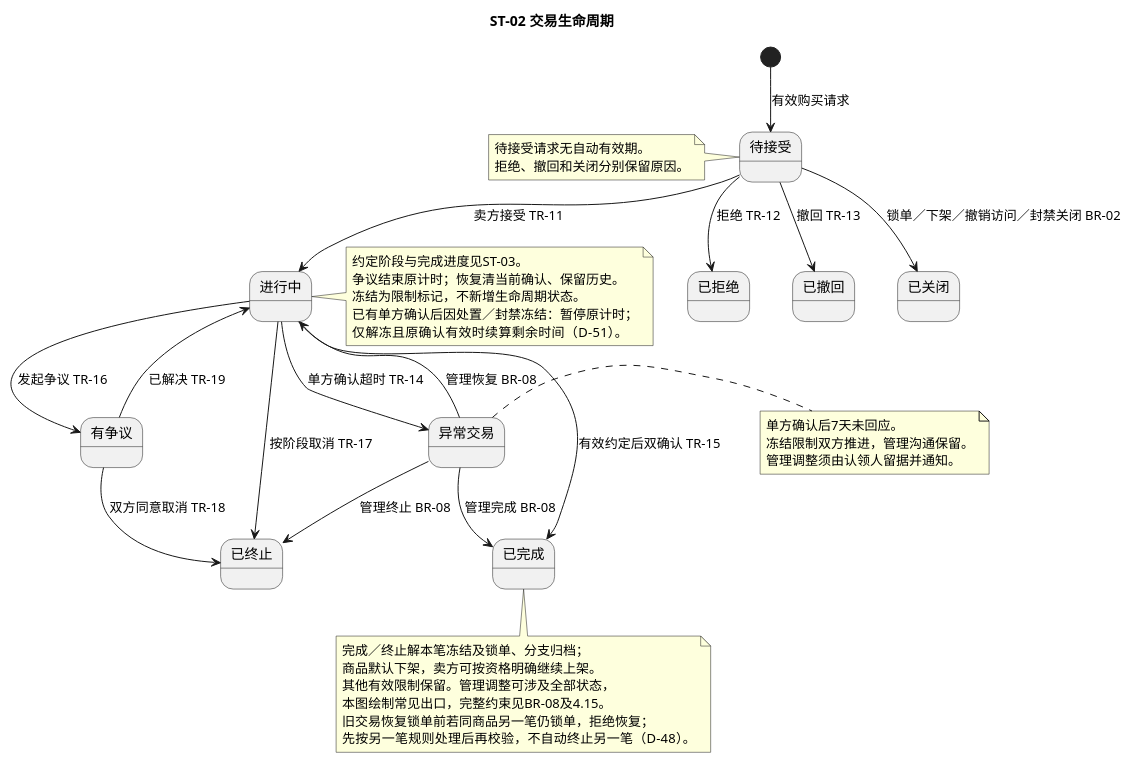
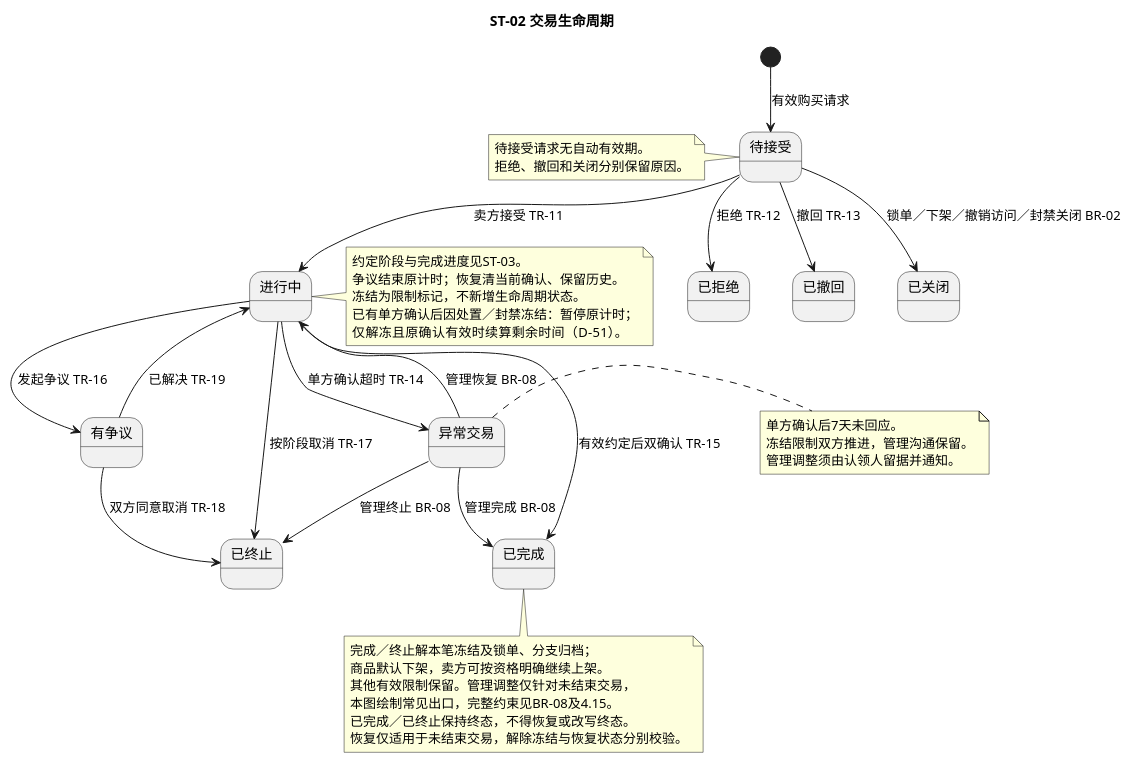
The diagram in docs/appendices/models/ST-02-交易状态图.puml (iy88/se-course-project-1), drawn with PlantUML before and after one commit. The commit also changed other lines of this file and 47 other files, not shown here.

```diff
--- a/docs/appendices/models/ST-02-交易状态图.puml
+++ b/docs/appendices/models/ST-02-交易状态图.puml
@@ -5,56 +5,56 @@
 @startuml
 skinparam defaultFontName "PingFang SC"
 skinparam shadowing false
 skinparam classAttributeIconSize 0
 skinparam nodesep 35
 skinparam ranksep 45
 hide empty members
 title ST-02 交易生命周期
 state "待接受" as Pending
 state "已拒绝" as Refused
 state "已撤回" as Withdrawn
 state "已关闭" as Closed
 state "进行中" as Ongoing
 state "有争议" as Disputed
 state "异常交易" as Abnormal
 state "已终止" as Terminated
 state "已完成" as Completed
 [*] --> Pending : 有效购买请求
 Pending --> Ongoing : 卖方接受 TR-11
 Pending --> Refused : 拒绝 TR-12
 Pending --> Withdrawn : 撤回 TR-13
 Pending --> Closed : 锁单／下架／撤销访问／封禁关闭 BR-02
 Ongoing --> Completed : 有效约定后双确认 TR-15
 Ongoing --> Terminated : 按阶段取消 TR-17
 Ongoing --> Disputed : 发起争议 TR-16
 Ongoing --> Abnormal : 单方确认超时 TR-14
 Disputed --> Ongoing : 已解决 TR-19
 Disputed --> Terminated : 双方同意取消 TR-18
 Abnormal --> Ongoing : 管理恢复 BR-08
 Abnormal --> Completed : 管理完成 BR-08
 Abnormal --> Terminated : 管理终止 BR-08
 note left of Pending
 待接受请求无自动有效期。
 拒绝、撤回和关闭分别保留原因。
 end note
 note right of Ongoing
 约定阶段与完成进度见ST-03。
 争议结束原计时；恢复清当前确认、保留历史。
 冻结为限制标记，不新增生命周期状态。
 已有单方确认后因处置／封禁冻结：暂停原计时；
 仅解冻且原确认有效时续算剩余时间（D-51）。
 end note
 note right of Abnormal
 单方确认后7天未回应。
 冻结限制双方推进，管理沟通保留。
 管理调整须由认领人留据并通知。
 end note
 note bottom of Completed
 完成／终止解本笔冻结及锁单、分支归档；
 商品默认下架，卖方可按资格明确继续上架。
-其他有效限制保留。管理调整可涉及全部状态，
+其他有效限制保留。管理调整仅针对未结束交易，
 本图绘制常见出口，完整约束见BR-08及4.15。
-旧交易恢复锁单前若同商品另一笔仍锁单，拒绝恢复；
-先按另一笔规则处理后再校验，不自动终止另一笔（D-48）。
+已完成／已终止保持终态，不得恢复或改写终态。
+恢复仅适用于未结束交易，解除冻结与恢复状态分别校验。
 end note
 @enduml
```
